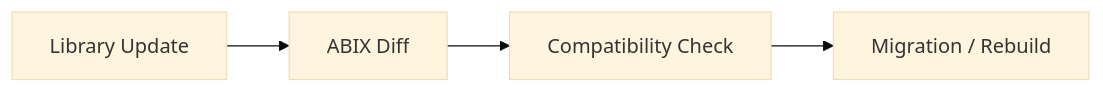
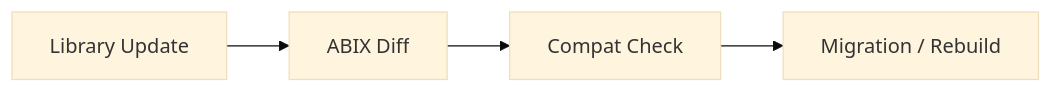
One commit to Sukanle/ABIX changed the third of 6 diagrams in docs/ecosystem/ecosystem.md. Above: the diagram before and after it, drawn with Mermaid (base theme). The commit also changed 262 other files, not shown here.

````diff
--- a/docs/ecosystem/ecosystem.md
+++ b/docs/ecosystem/ecosystem.md
@@ -62,4 +62,4 @@
 ```mermaid
 graph LR
-    A[Library Update] --> B[ABIX Diff] --> C[Compatibility Check] --> D[Migration / Rebuild]
+    A[Library Update] --> B[ABIX Diff] --> C[Compat Check] --> D[Migration / Rebuild]
 ```
````
